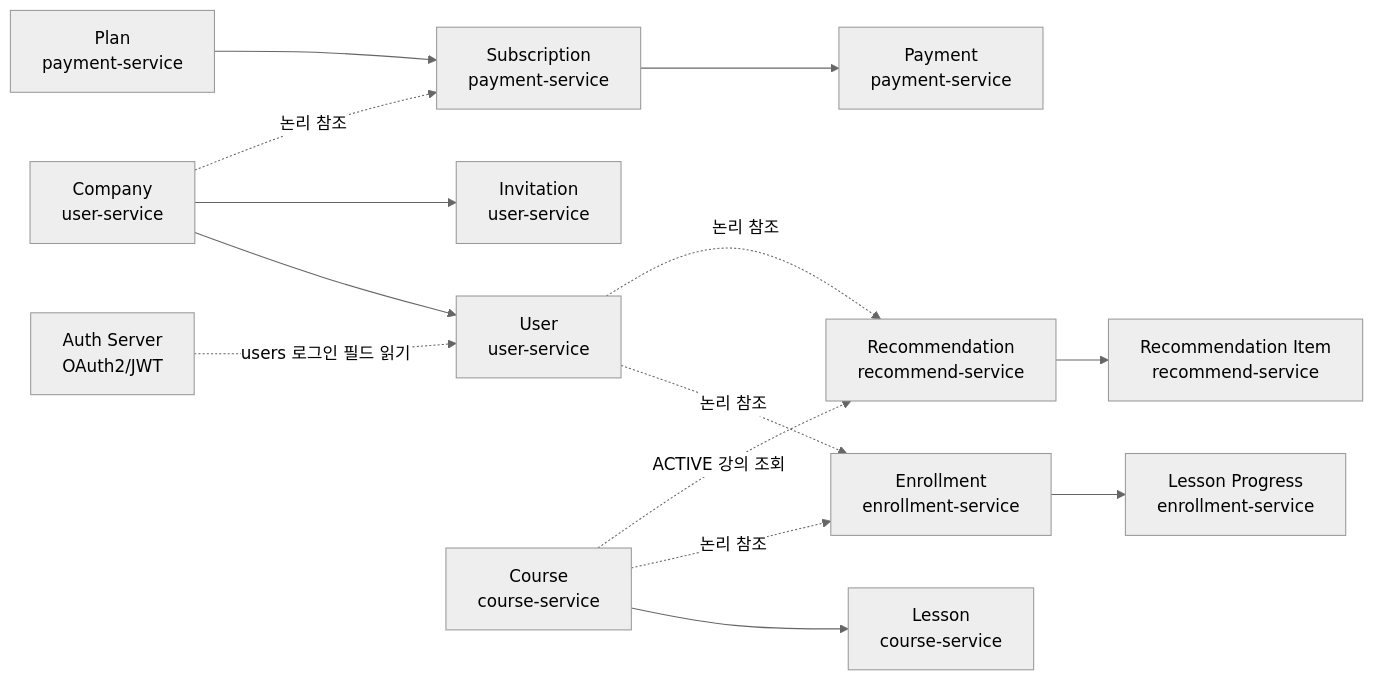
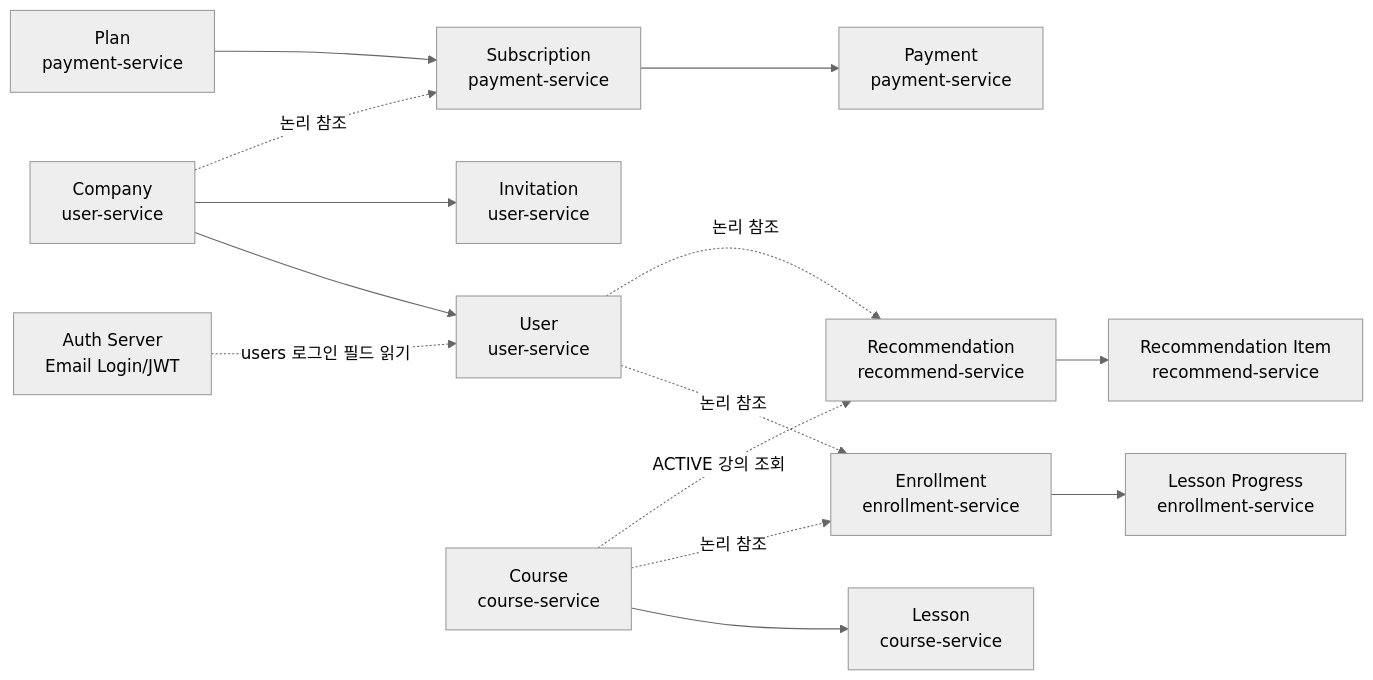
One commit to skala-msa-team/linguaroute-msa changed the first of 6 diagrams in docs/erd.md. Above: the diagram before and after it, drawn with Mermaid (neutral theme). The commit also changed other lines of this file and 19 other files, not shown here.

````diff
--- a/docs/erd.md
+++ b/docs/erd.md
@@ -19,16 +19,16 @@
 ```mermaid
 flowchart LR
-    AUTH_SERVER["Auth Server<br/>OAuth2/JWT"] -. "users 로그인 필드 읽기" .-> USER
+    AUTH_SERVER["Auth Server<br/>Email Login/JWT"] -. "users 로그인 필드 읽기" .-> USER
     COMPANY["Company<br/>user-service"] --> USER["User<br/>user-service"]
     COMPANY --> INVITATION["Invitation<br/>user-service"]
     COMPANY -. "논리 참조" .-> SUBSCRIPTION["Subscription<br/>payment-service"]
     PLAN["Plan<br/>payment-service"] --> SUBSCRIPTION
     SUBSCRIPTION --> PAYMENT["Payment<br/>payment-service"]
     USER -. "논리 참조" .-> ENROLLMENT["Enrollment<br/>enrollment-service"]
     COURSE["Course<br/>course-service"] --> LESSON["Lesson<br/>course-service"]
     COURSE -. "논리 참조" .-> ENROLLMENT
     ENROLLMENT --> PROGRESS["Lesson Progress<br/>enrollment-service"]
     USER -. "논리 참조" .-> RECOMMENDATION["Recommendation<br/>recommend-service"]
     COURSE -. "ACTIVE 강의 조회" .-> RECOMMENDATION
     RECOMMENDATION --> RECOMMENDATION_ITEM["Recommendation Item<br/>recommend-service"]
 ```
````
